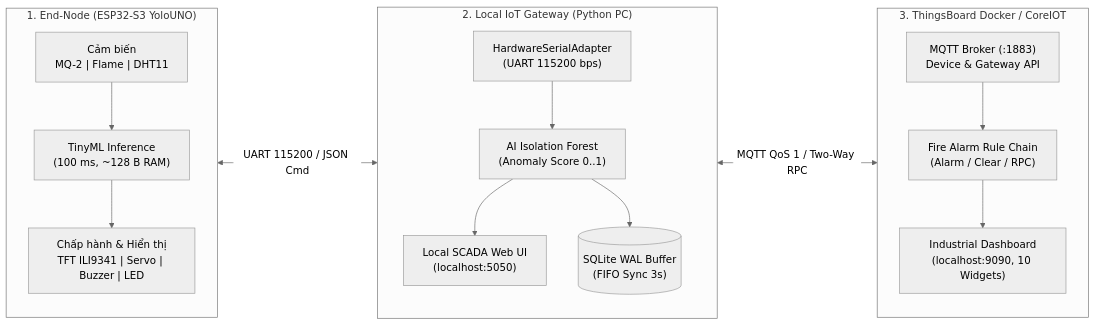
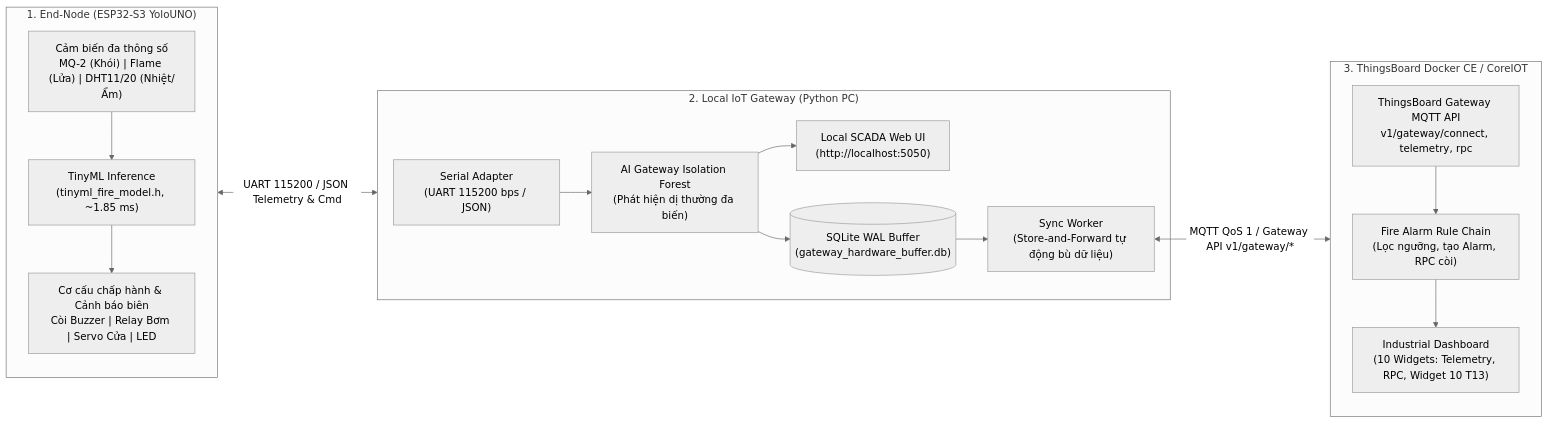
One commit to Tricancode/CO3054-IoT-BTL-FireAlarm changed the diagram in README.md. Above: the diagram before and after it, drawn with Mermaid (neutral theme). The commit also changed other lines of this file and 114 other files, not shown here.

Commit message:
cap nhat nap firmware OTA, truyen thong BLE, cap nhat Rule Chain. Bo sung folder bao cao

````diff
--- a/README.md
+++ b/README.md
@@ -15,21 +16,22 @@
 ```mermaid
 flowchart LR
     subgraph EndNode["1. End-Node (ESP32-S3 YoloUNO)"]
-        S["Cảm biến<br/>MQ-2 | Flame | DHT11"] --> TML["TinyML Inference<br/>(100 ms, ~128 B RAM)"]
-        TML --> ACT["Chấp hành & Hiển thị<br/>TFT ILI9341 | Servo | Buzzer | LED"]
+        S["Cảm biến đa thông số<br/>MQ-2 (Khói) | Flame (Lửa) | DHT11/20 (Nhiệt/Ẩm)"] --> TML["TinyML Inference<br/>(tinyml_fire_model.h, ~1.85 ms)"]
+        TML --> ACT["Cơ cấu chấp hành & Cảnh báo biên<br/>Còi Buzzer | Relay Bơm | Servo Cửa | LED"]
     end
 
     subgraph Gateway["2. Local IoT Gateway (Python PC)"]
-        UART["HardwareSerialAdapter<br/>(UART 115200 bps)"] --> ISO["AI Isolation Forest<br/>(Anomaly Score 0..1)"]
-        ISO --> SCADA["Local SCADA Web UI<br/>(localhost:5050)"]
-        ISO --> BUF[("SQLite WAL Buffer<br/>(FIFO Sync 3s)")]
+        UART["Serial Adapter<br/>(UART 115200 bps / JSON)"] --> ISO["AI Gateway Isolation Forest<br/>(Phát hiện dị thường đa biến)"]
+        ISO --> SCADA["Local SCADA Web UI<br/>(http://localhost:5050)"]
+        ISO --> BUF[("SQLite WAL Buffer<br/>(gateway_hardware_buffer.db)")]
+        BUF --> SYNC["Sync Worker<br/>(Store-and-Forward tự động bù dữ liệu)"]
     end
 
-    subgraph Cloud["3. ThingsBoard Docker / CoreIOT"]
-        MQTT["MQTT Broker (:1883)<br/>Device & Gateway API"] --> RC["Fire Alarm Rule Chain<br/>(Alarm / Clear / RPC)"]
-        RC --> DB["Industrial Dashboard<br/>(localhost:9090, 10 Widgets)"]
+    subgraph Cloud["3. ThingsBoard Docker CE / CoreIOT"]
+        MQTT["ThingsBoard Gateway MQTT API<br/>v1/gateway/connect, telemetry, rpc"] --> RC["Fire Alarm Rule Chain<br/>(Lọc ngưỡng, tạo Alarm, RPC còi)"]
+        RC --> DB["Industrial Dashboard<br/>(10 Widgets: Telemetry, RPC, Widget 10 T13)"]
     end
 
-    EndNode <-->|"UART 115200 / JSON Cmd"| Gateway
-    Gateway <-->|"MQTT QoS 1 / Two-Way RPC"| Cloud
+    EndNode <-->|"UART 115200 / JSON Telemetry & Cmd"| Gateway
+    SYNC <-->|"MQTT QoS 1 / Gateway API v1/gateway/*"| Cloud
 ```
````
